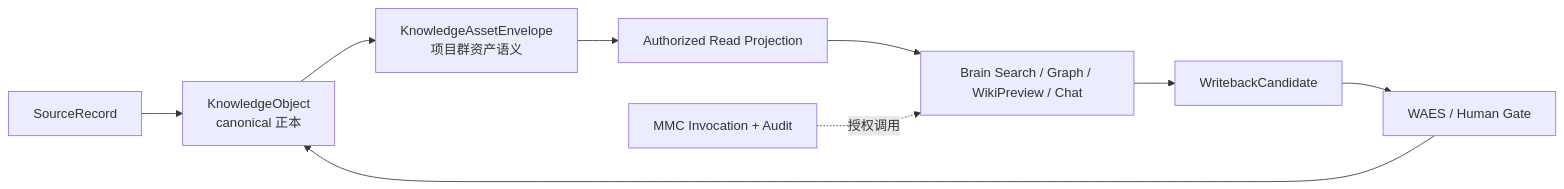
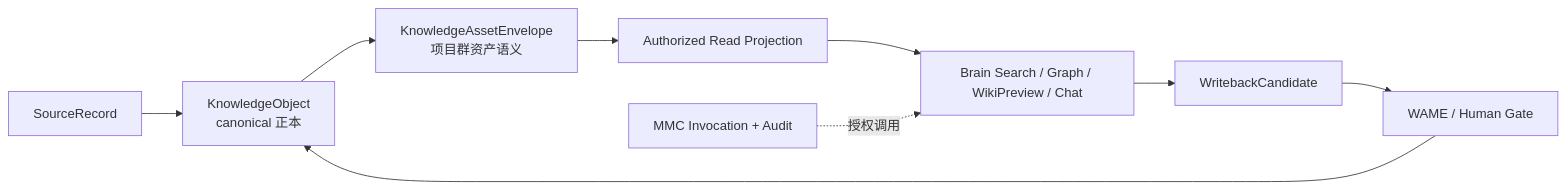
One commit to Jiumilu/GCGPCF changed the diagram in 03-data-ai-knowledge/GlobalCloud知识资产概念模型白皮书.md. Above: the diagram before and after it, drawn with Mermaid. The commit also changed other lines of this file and 968 other files, not shown here.

First line of the commit message:
docs(naming): WAES→WAME 命名与文档层全局同步（Markdown）

````diff
--- a/03-data-ai-knowledge/GlobalCloud知识资产概念模型白皮书.md
+++ b/03-data-ai-knowledge/GlobalCloud知识资产概念模型白皮书.md
@@ -71,11 +71,11 @@
 ```mermaid
 flowchart LR
   SR[SourceRecord] --> KO[KnowledgeObject\ncanonical 正本]
   KO --> KA[KnowledgeAssetEnvelope\n项目群资产语义]
   KA --> RP[Authorized Read Projection]
   RP --> B[Brain Search / Graph / WikiPreview / Chat]
   B --> WC[WritebackCandidate]
-  WC --> G[WAES / Human Gate]
+  WC --> G[WAME / Human Gate]
   G --> KO
   MM[MMC Invocation + Audit] -.授权调用.-> B
 ```
````
